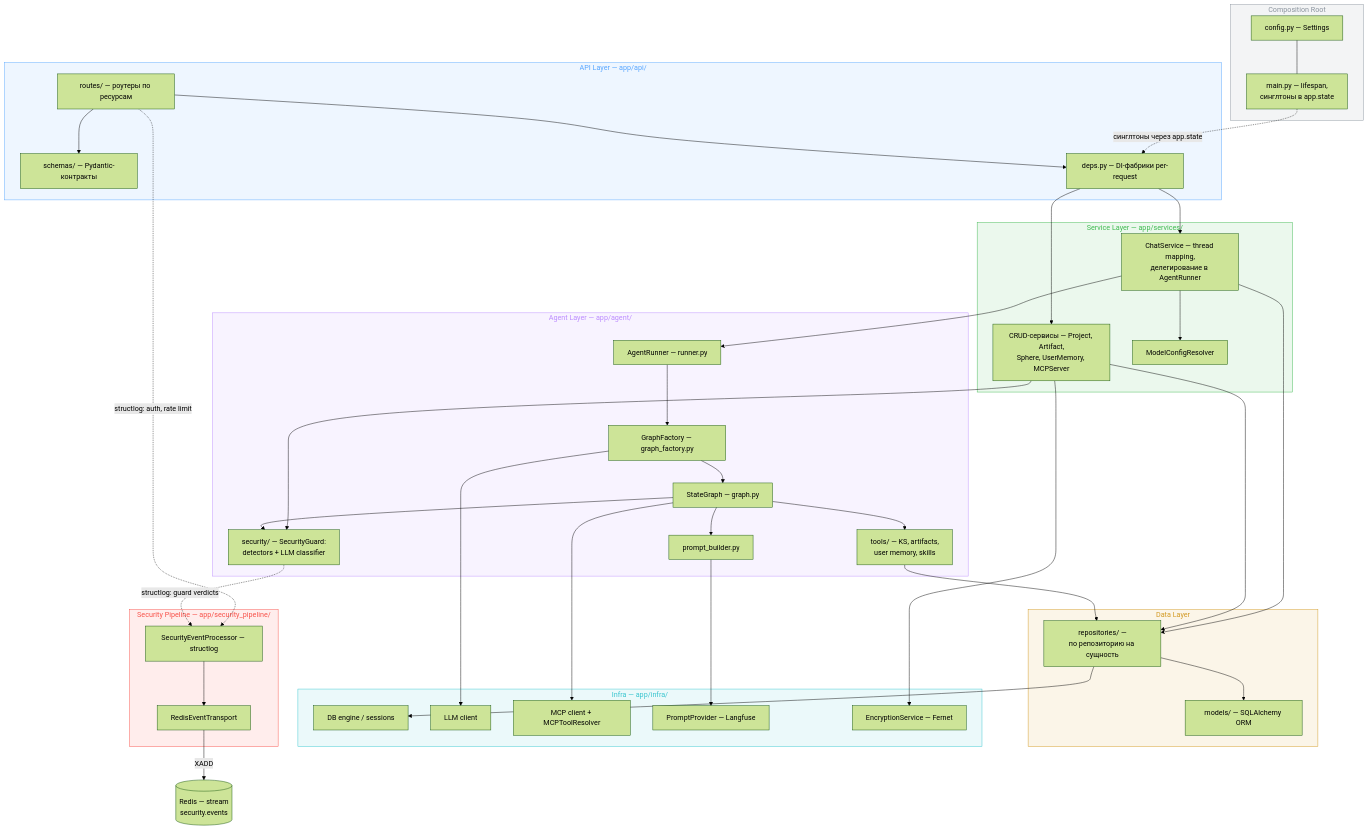
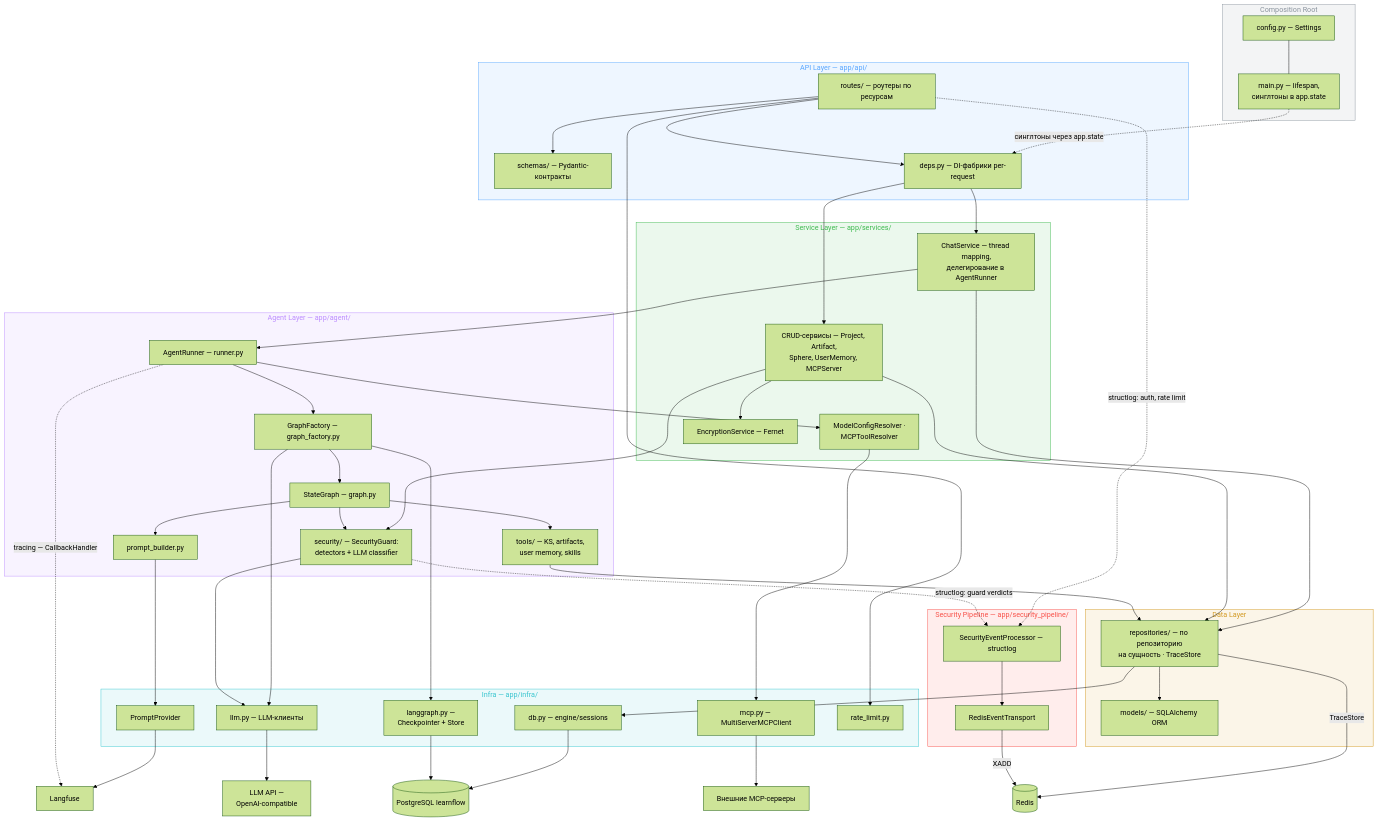
One commit to Bbar0n234/learnflow-ai changed the first of 3 diagrams in doc/tech/backend.md. Above: the diagram before and after it, drawn with Mermaid (forest theme). The commit also changed other lines of this file, not shown here.

Commit message:
docs(backend): диаграмма слоёв v4 — внешние системы + связи по коду
- добавлены внешние системы: PostgreSQL, LLM API, Langfuse,
  внешние MCP-серверы (Redis был единственным)
- связи верифицированы grep'ом по коду: ModelConfigResolver и
  MCPToolResolver инжектятся в AgentRunner (не вызываются из
  ChatService); guard classifier ходит в LLM; Checkpointer+Store
  (infra/langgraph.py) → PG; TraceStore → Redis; tracing
  CallbackHandler → Langfuse; rate_limit в infra
- исправлен дрейф Module Structure: EncryptionService и
  MCPToolResolver живут в services/, не в infra/

```diff
--- a/doc/tech/backend.md
+++ b/doc/tech/backend.md
@@ -24,7 +24,8 @@
     subgraph SVCL["Service Layer — app/services/"]
         CHATSVC["ChatService — thread mapping,<br>делегирование в AgentRunner"]
         CRUD["CRUD-сервисы — Project, Artifact,<br>Sphere, UserMemory, MCPServer"]
-        RESOLVER["ModelConfigResolver"]
+        RESOLVER["ModelConfigResolver ·<br>MCPToolResolver"]
+        ENC["EncryptionService — Fernet"]
     end
 
     subgraph AGTL["Agent Layer — app/agent/"]
@@ -37,16 +38,17 @@
     end
 
     subgraph DATAL["Data Layer"]
-        REPOS["repositories/ —<br>по репозиторию на сущность"]
+        REPOS["repositories/ — по репозиторию<br>на сущность · TraceStore"]
         MODELS["models/ — SQLAlchemy ORM"]
     end
 
     subgraph INFRAL["Infra — app/infra/"]
-        DBE["DB engine / sessions"]
-        LLM["LLM client"]
-        MCPC["MCP client + MCPToolResolver"]
-        PP["PromptProvider — Langfuse"]
-        ENC["EncryptionService — Fernet"]
+        DBE["db.py — engine/sessions"]
+        LG["langgraph.py —<br>Checkpointer + Store"]
+        LLM["llm.py — LLM-клиенты"]
+        MCPC["mcp.py — MultiServerMCPClient"]
+        PP["PromptProvider"]
+        RL["rate_limit.py"]
     end
 
     subgraph SECPL["Security Pipeline — app/security_pipeline/"]
@@ -54,31 +56,45 @@
         TRANS["RedisEventTransport"]
     end
 
-    REDIS[("Redis — stream<br>security.events")]
+    PG[("PostgreSQL learnflow")]
+    REDIS[("Redis")]
+    LLMAPI["LLM API —<br>OpenAI-compatible"]
+    LF["Langfuse"]
+    MCPEXT["Внешние MCP-серверы"]
 
     MAIN -. "синглтоны через app.state" .-> DEPS
     CONFIG --- MAIN
     ROUTES --> SCHEMAS
     ROUTES --> DEPS
+    ROUTES --> RL
     DEPS --> CHATSVC
     DEPS --> CRUD
-    CHATSVC --> RESOLVER
     CHATSVC --> RUNNER
     CHATSVC --> REPOS
     CRUD --> REPOS
     CRUD --> GUARD
     CRUD --> ENC
+    RUNNER --> RESOLVER
+    RESOLVER --> MCPC
     RUNNER --> FACTORY
     FACTORY --> GRAPH
     FACTORY --> LLM
+    FACTORY --> LG
     GRAPH --> TOOLS
     GRAPH --> GUARD
-    GRAPH --> MCPC
     GRAPH --> PB
+    GUARD --> LLM
     PB --> PP
     TOOLS --> REPOS
     REPOS --> MODELS
     REPOS --> DBE
+    REPOS -->|TraceStore| REDIS
+    DBE --> PG
+    LG --> PG
+    LLM --> LLMAPI
+    PP --> LF
+    MCPC --> MCPEXT
+    RUNNER -. "tracing — CallbackHandler" .-> LF
     ROUTES -. "structlog: auth, rate limit" .-> PROC
     GUARD -. "structlog: guard verdicts" .-> PROC
     PROC --> TRANS
```
